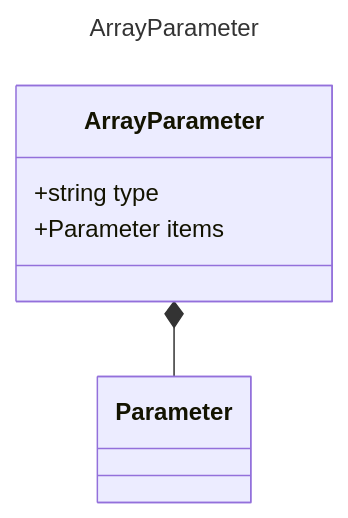
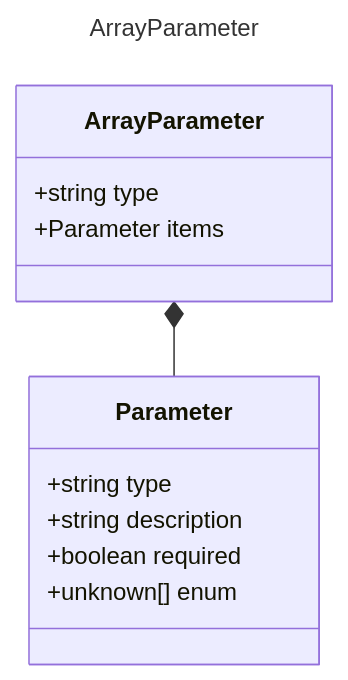
The diagram in specification/prompty/docs/ArrayParameter.md (microsoft/prompty), drawn with Mermaid before and after one commit. The commit also changed 14 other files, not shown here.

````diff
--- a/specification/prompty/docs/ArrayParameter.md
+++ b/specification/prompty/docs/ArrayParameter.md
@@ -7,11 +7,17 @@
 ```mermaid
 ---
 title: ArrayParameter
 ---
 classDiagram
+    class Parameter {
+        +string type
+        +string description
+        +boolean required
+        +unknown[] enum
+    }
     class ArrayParameter {
         +string type
         +Parameter items
     }
     ArrayParameter *-- Parameter
 ```
````
